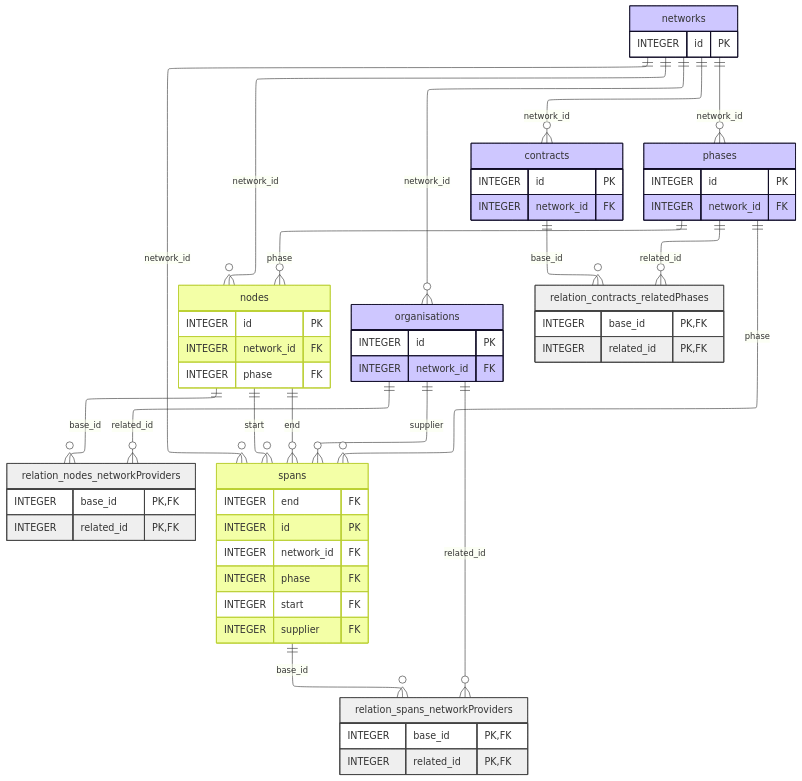
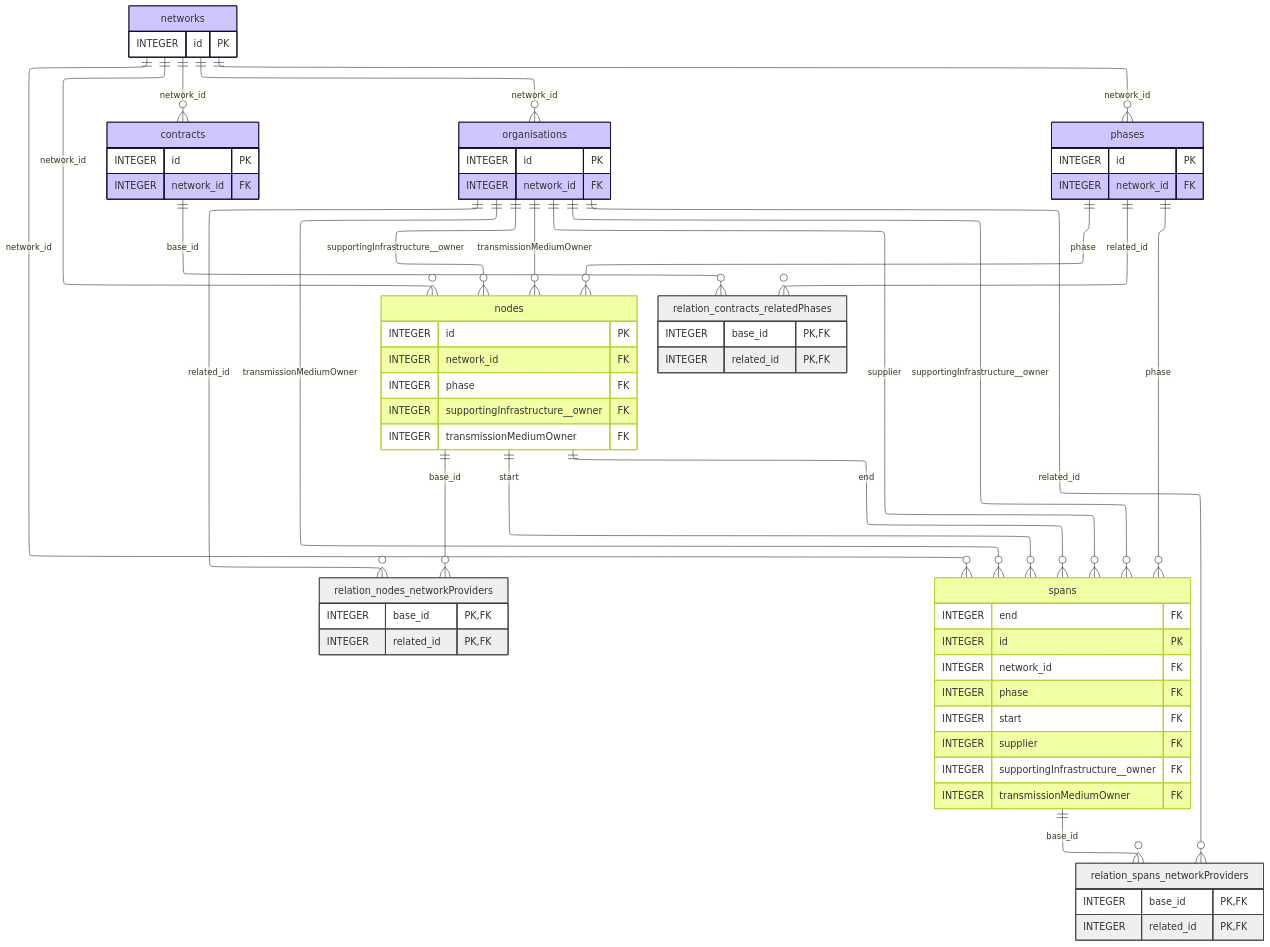
Before and after one commit to Open-Telecoms-Data/open-fibre-data-standard: the diagram in docs/reference/publication_formats/geopackage/geopackage.mmd, drawn with Mermaid. The commit also changed 8 other files, not shown here.

Commit message:
Update GeoPackage schema and documentation

```diff
--- a/docs/reference/publication_formats/geopackage/geopackage.mmd
+++ b/docs/reference/publication_formats/geopackage/geopackage.mmd
@@ -1,79 +1,87 @@
 ---
 config:
   layout: elk
 ---
 erDiagram
     contracts {
         INTEGER id PK 
         INTEGER network_id FK 
     }
 
     networks {
         INTEGER id PK 
     }
 
     nodes {
         INTEGER id PK 
         INTEGER network_id FK 
         INTEGER phase FK 
+        INTEGER supportingInfrastructure__owner FK 
+        INTEGER transmissionMediumOwner FK 
     }
 
     organisations {
         INTEGER id PK 
         INTEGER network_id FK 
     }
 
     phases {
         INTEGER id PK 
         INTEGER network_id FK 
     }
 
     relation_contracts_relatedPhases {
         INTEGER base_id PK,FK 
         INTEGER related_id PK,FK 
     }
 
     relation_nodes_networkProviders {
         INTEGER base_id PK,FK 
         INTEGER related_id PK,FK 
     }
 
     relation_spans_networkProviders {
         INTEGER base_id PK,FK 
         INTEGER related_id PK,FK 
     }
 
     spans {
         INTEGER end FK 
         INTEGER id PK 
         INTEGER network_id FK 
         INTEGER phase FK 
         INTEGER start FK 
         INTEGER supplier FK 
+        INTEGER supportingInfrastructure__owner FK 
+        INTEGER transmissionMediumOwner FK 
     }
 
     contracts }o--|| networks : "network_id"
     relation_contracts_relatedPhases }o--|| contracts : "base_id"
     nodes }o--|| networks : "network_id"
     organisations }o--|| networks : "network_id"
     phases }o--|| networks : "network_id"
     spans }o--|| networks : "network_id"
+    nodes }o--|| organisations : "supportingInfrastructure__owner"
+    nodes }o--|| organisations : "transmissionMediumOwner"
     nodes }o--|| phases : "phase"
     relation_nodes_networkProviders }o--|| nodes : "base_id"
     spans }o--|| nodes : "end"
     spans }o--|| nodes : "start"
     relation_nodes_networkProviders }o--|| organisations : "related_id"
     relation_spans_networkProviders }o--|| organisations : "related_id"
     spans }o--|| organisations : "supplier"
+    spans }o--|| organisations : "supportingInfrastructure__owner"
+    spans }o--|| organisations : "transmissionMediumOwner"
     relation_contracts_relatedPhases }o--|| phases : "related_id"
     spans }o--|| phases : "phase"
     relation_spans_networkProviders }o--|| spans : "base_id"
 
     classDef feature fill:#f3ffa6ff,stroke:#bbd034
     classDef attribute fill:#cec7ffff,stroke:#110e27
     classDef mapping fill:#efefefff,stroke:#434343ff
 
     class nodes,spans feature
     class networks,organisations,phases,contracts attribute
     class relation_contracts_relatedPhases,relation_spans_networkProviders,relation_nodes_networkProviders mapping
     direction BT
```
